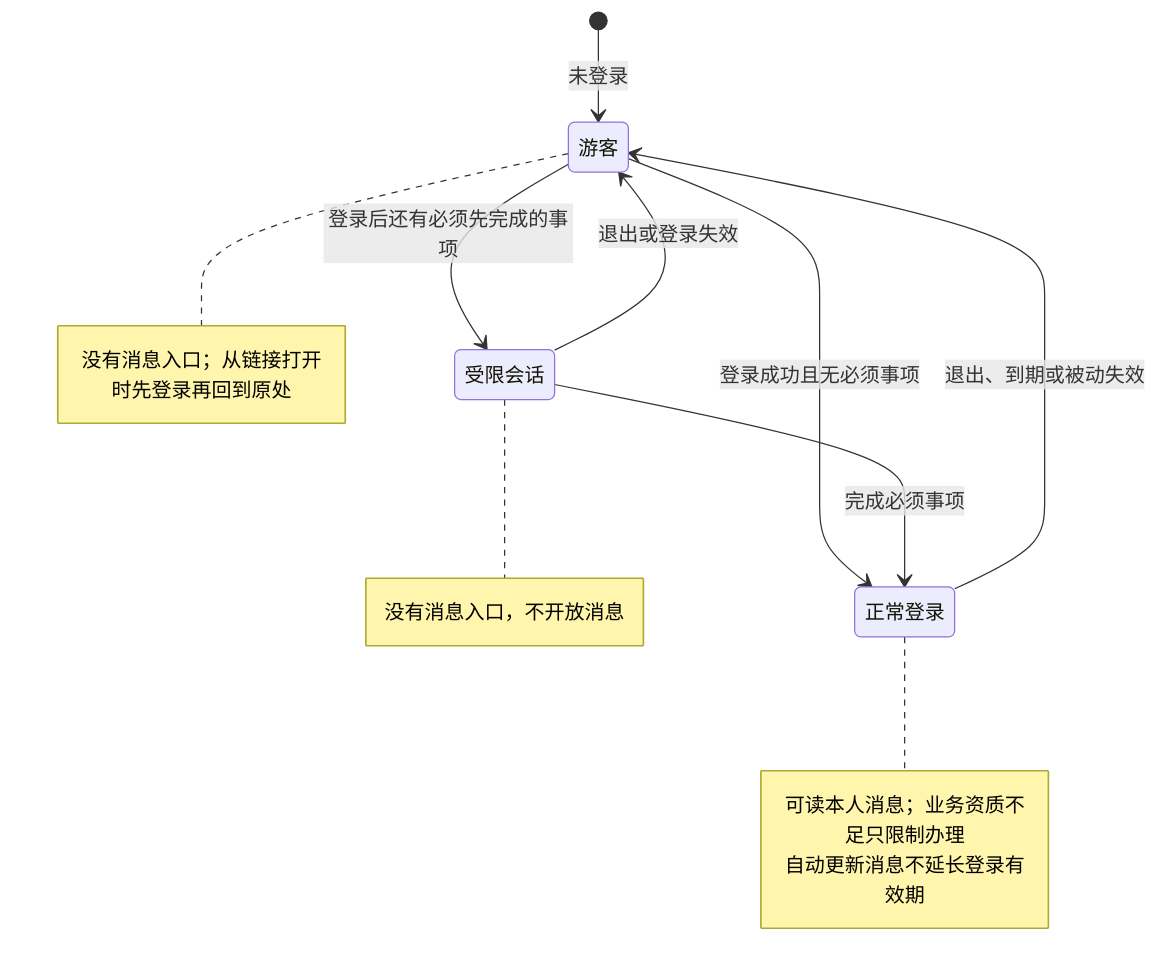
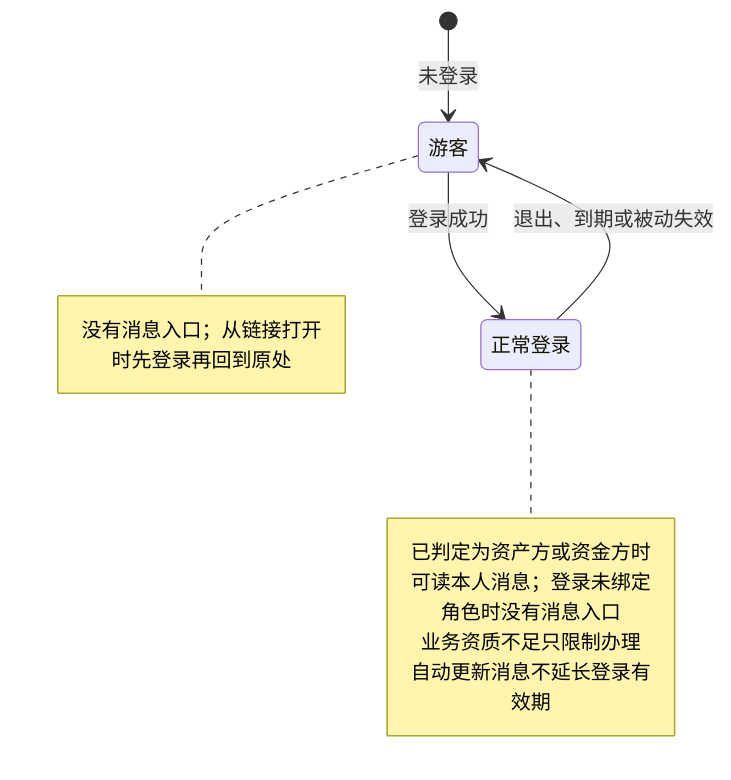
One commit to wxblockchain/Chain-Financing changed the eighth of 8 diagrams in lending-platform/PRD/面客端/10-面客消息中心/02-面客消息中心-流程图与状态机.md. Above: the diagram before and after it, drawn with Mermaid. The commit also changed other lines of this file and 14 other files, not shown here.

````diff
--- a/lending-platform/PRD/面客端/10-面客消息中心/02-面客消息中心-流程图与状态机.md
+++ b/lending-platform/PRD/面客端/10-面客消息中心/02-面客消息中心-流程图与状态机.md
@@ -169,19 +169,14 @@
 ```mermaid
 stateDiagram-v2
     [*] --> 游客: 未登录
-    游客 --> 受限会话: 登录后还有必须先完成的事项
-    游客 --> 正常登录: 登录成功且无必须事项
-    受限会话 --> 正常登录: 完成必须事项
-    受限会话 --> 游客: 退出或登录失效
+    游客 --> 正常登录: 登录成功
     正常登录 --> 游客: 退出、到期或被动失效
     note right of 游客
         没有消息入口；从链接打开时先登录再回到原处
     end note
-    note right of 受限会话
-        没有消息入口，不开放消息
-    end note
     note right of 正常登录
-        可读本人消息；业务资质不足只限制办理
+        已判定为资产方或资金方时可读本人消息；登录未绑定角色时没有消息入口
+        业务资质不足只限制办理
         自动更新消息不延长登录有效期
     end note
 ```
````
